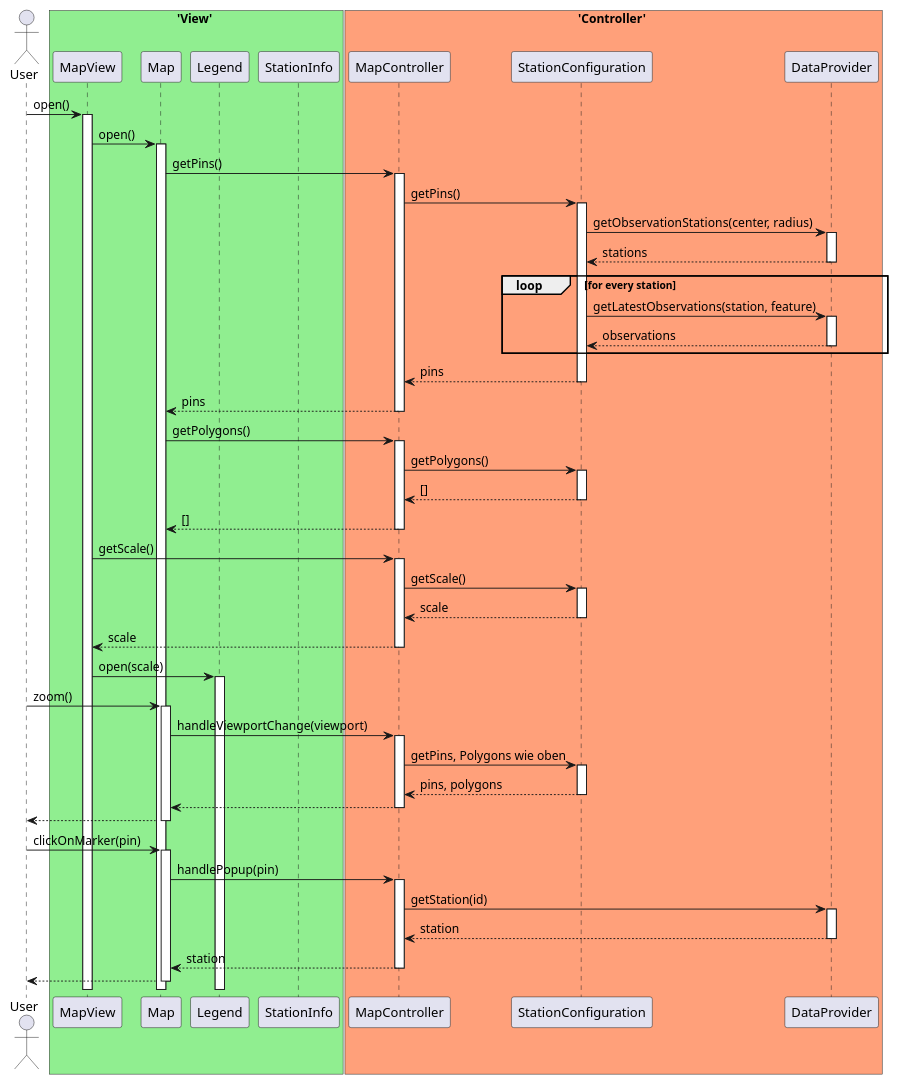
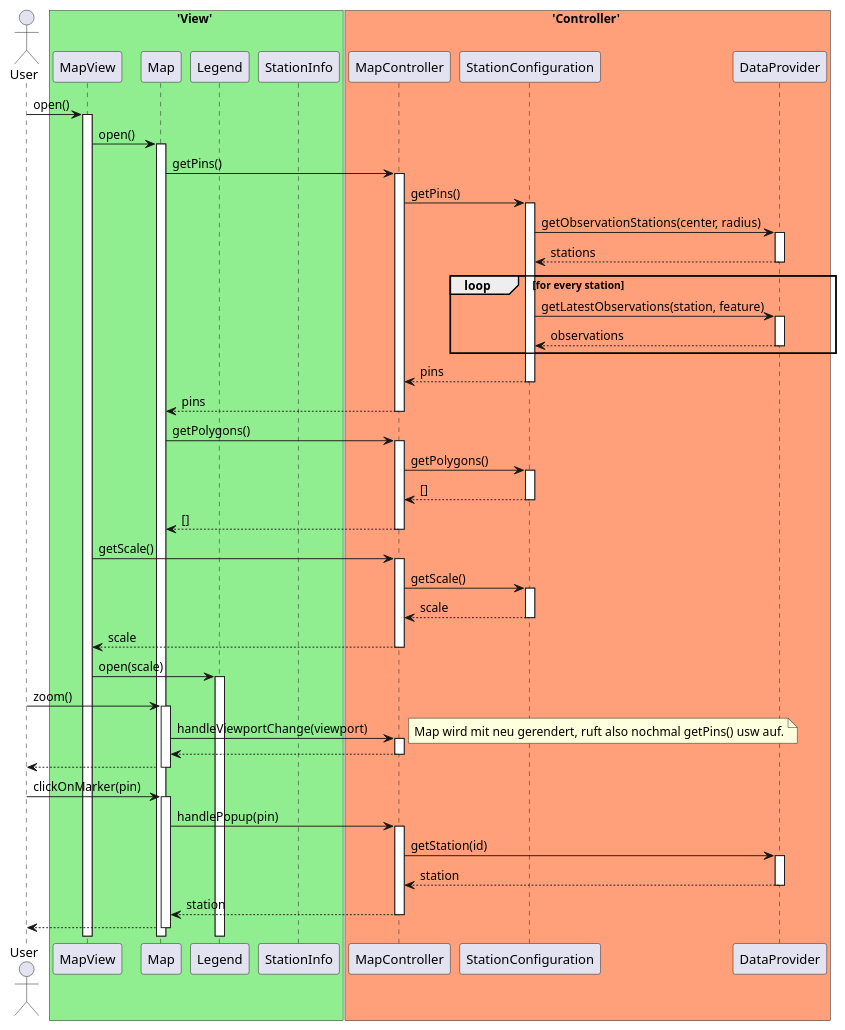
Before and after one commit to JonaEnz/pse-airquality-1: the diagram in Entwurf/PlantUML/SequenceDiagrams/MapPageSeq.puml, drawn with PlantUML.

Commit message:
Change method call to note

```diff
--- a/Entwurf/PlantUML/SequenceDiagrams/MapPageSeq.puml
+++ b/Entwurf/PlantUML/SequenceDiagrams/MapPageSeq.puml
@@ -1,56 +1,55 @@
 @startuml MapPageScenario
 
 actor User
 
 box 'View' #LightGreen
 participant MapView
 participant Map
 participant Legend 
 participant StationInfo
 end box
 
 box 'Controller' #LightSalmon
 participant MapController
 participant StationConfiguration
 
 participant DataProvider
 end box
 User -> MapView ++ : open()
 MapView -> Map ++ : open()
 Map -> MapController ++ : getPins()
 MapController -> StationConfiguration ++ : getPins()
 StationConfiguration -> DataProvider ++ : getObservationStations(center, radius)
 return stations
 loop for every station
 StationConfiguration -> DataProvider ++ : getLatestObservations(station, feature)
 return observations
 end
 
 return pins
 return pins
 Map -> MapController ++ : getPolygons()
 MapController -> StationConfiguration ++ : getPolygons()
 return []
 return []
 MapView -> MapController ++ : getScale()
 MapController -> StationConfiguration ++ : getScale()
 return scale
 return scale
 MapView -> Legend ++ : open(scale)
 
 'Nutzer zoomt'
 User -> Map ++ : zoom()
 Map -> MapController ++ : handleViewportChange(viewport)
-MapController -> StationConfiguration ++ : getPins, Polygons wie oben
-return pins, polygons
+note right: Map wird mit neu gerendert, ruft also nochmal getPins() usw auf.
 return 
 return
 
 'Nutzer wählt Station'
 User -> Map ++ : clickOnMarker(pin)
 Map -> MapController ++ : handlePopup(pin)
 MapController -> DataProvider ++ : getStation(id)
 return station
 return station
 return
 @enduml
```
